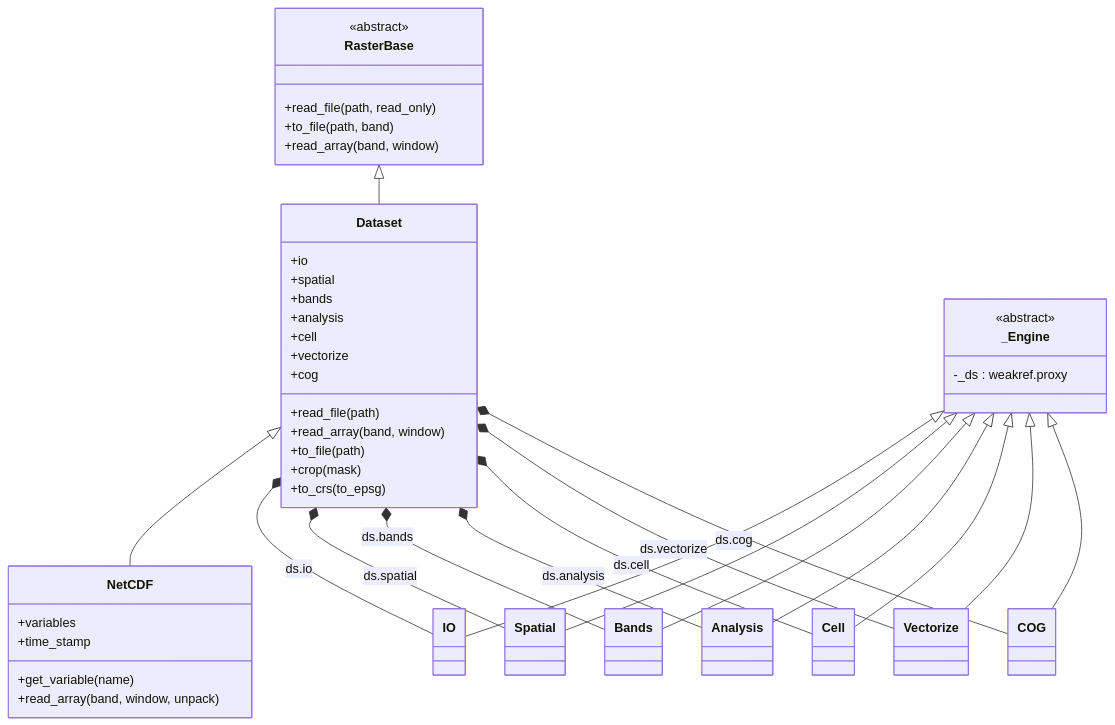
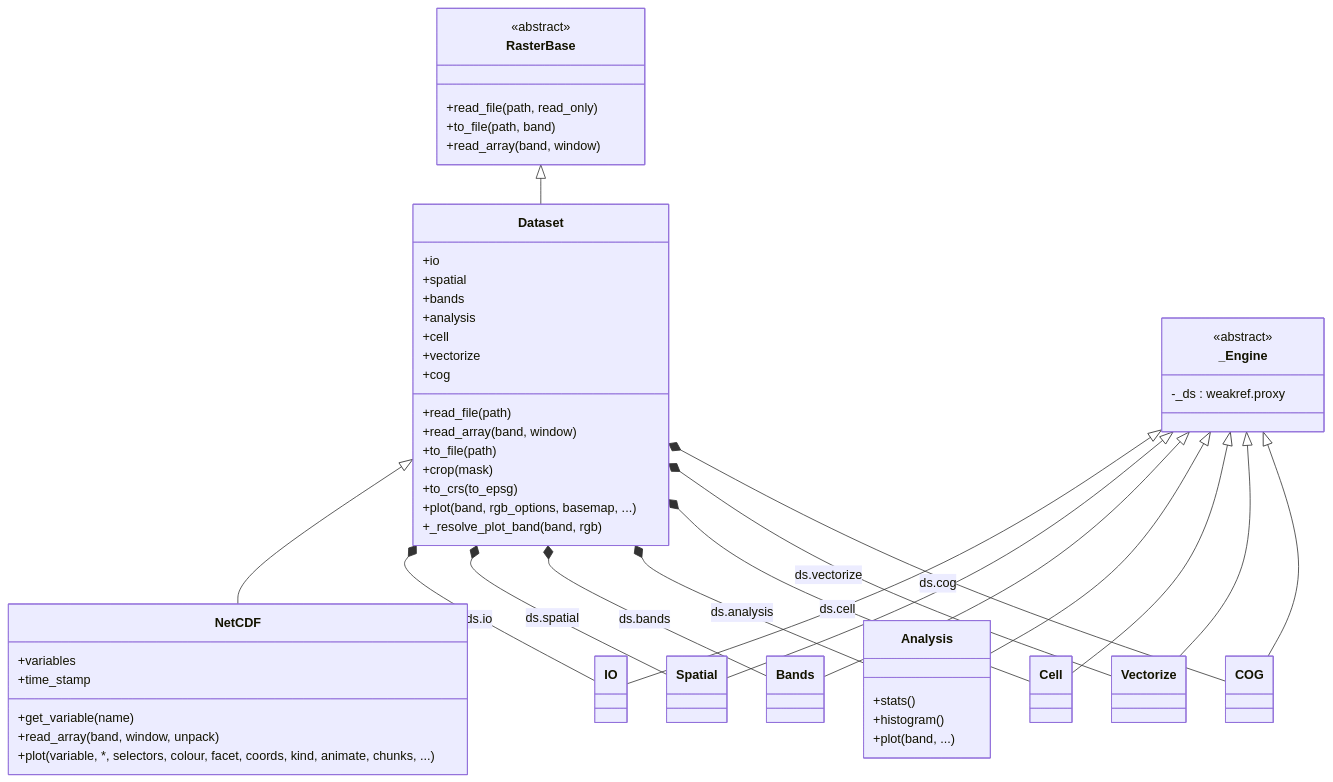
Before and after one commit to serapeum-org/pyramids: the fourth of 14 diagrams in docs/architecture/diagrams.md, drawn with Mermaid. The commit also changed other lines of this file and 24 other files, not shown here.

````diff
--- a/docs/architecture/diagrams.md
+++ b/docs/architecture/diagrams.md
@@ -108,57 +127,64 @@
 ```mermaid
 classDiagram
   class RasterBase {
     <<abstract>>
     +read_file(path, read_only)
     +to_file(path, band)
     +read_array(band, window)
   }
   class Dataset {
     +io
     +spatial
     +bands
     +analysis
     +cell
     +vectorize
     +cog
     +read_file(path)
     +read_array(band, window)
     +to_file(path)
     +crop(mask)
     +to_crs(to_epsg)
+    +plot(band, rgb_options, basemap, ...)
+    +_resolve_plot_band(band, rgb)
   }
   class NetCDF {
     +variables
     +get_variable(name)
     +read_array(band, window, unpack)
     +time_stamp
+    +plot(variable, *, selectors, colour, facet, coords, kind, animate, chunks, ...)
   }
   class _Engine {
     <<abstract>>
     -_ds : weakref.proxy
   }
   class IO
   class Spatial
   class Bands
-  class Analysis
+  class Analysis {
+    +stats()
+    +histogram()
+    +plot(band, ...)
+  }
   class Cell
   class Vectorize
   class COG
 
   RasterBase <|-- Dataset
   Dataset <|-- NetCDF
   _Engine <|-- IO
   _Engine <|-- Spatial
   _Engine <|-- Bands
   _Engine <|-- Analysis
   _Engine <|-- Cell
   _Engine <|-- Vectorize
   _Engine <|-- COG
   Dataset *-- IO : ds.io
   Dataset *-- Spatial : ds.spatial
   Dataset *-- Bands : ds.bands
   Dataset *-- Analysis : ds.analysis
   Dataset *-- Cell : ds.cell
   Dataset *-- Vectorize : ds.vectorize
   Dataset *-- COG : ds.cog
 ```
````
